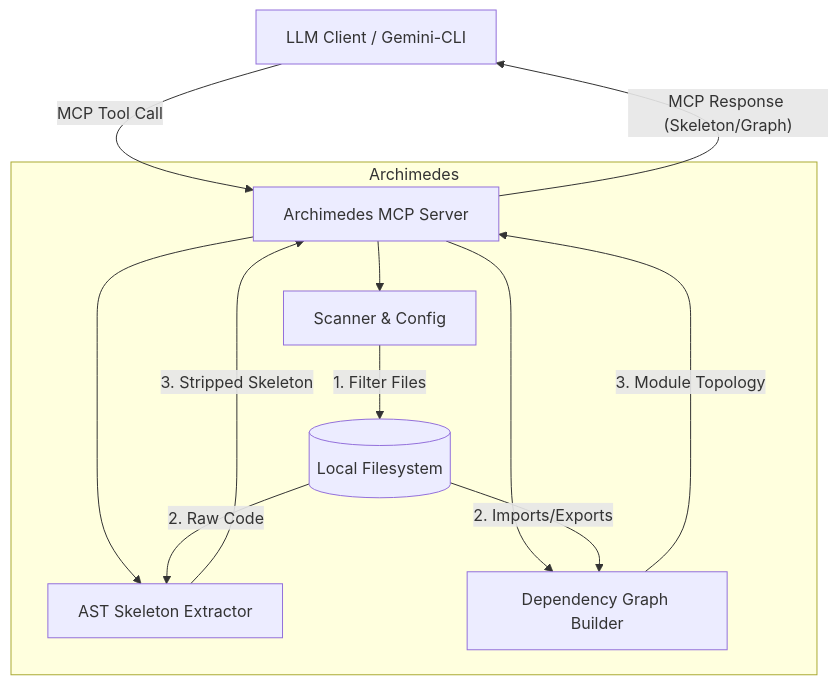
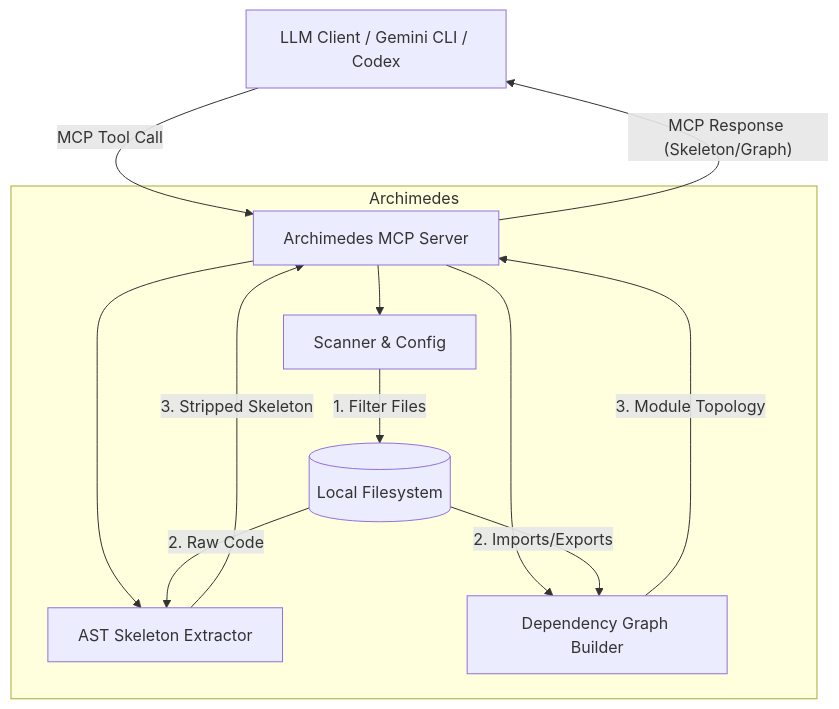
The diagram in README.md (Flying-Henanese/graph-mcp), drawn with Mermaid before and after one commit. The commit also changed other lines of this file and 14 other files, not shown here.

First line of the commit message:
Add context blocks, improve graph & config

````diff
--- a/README.md
+++ b/README.md
@@ -8,18 +8,18 @@
 ```mermaid
 graph TD
-    Client[LLM Client / Gemini-CLI] -- "MCP Tool Call" --> Server[Archimedes MCP Server]
+    Client[LLM Client / Gemini CLI / Codex] -- "MCP Tool Call" --> Server[Archimedes MCP Server]
     
     subgraph Archimedes
         Server --> Scanner[Scanner & Config]
         Server --> Extractor[AST Skeleton Extractor]
         Server --> GraphBuilder[Dependency Graph Builder]
         
         Scanner -- "1. Filter Files" --> FS[(Local Filesystem)]
         FS -- "2. Raw Code" --> Extractor
         FS -- "2. Imports/Exports" --> GraphBuilder
         Extractor -- "3. Stripped Skeleton" --> Server
         GraphBuilder -- "3. Module Topology" --> Server
     end
     
     Server -- "MCP Response (Skeleton/Graph)" --> Client
 ```
````
